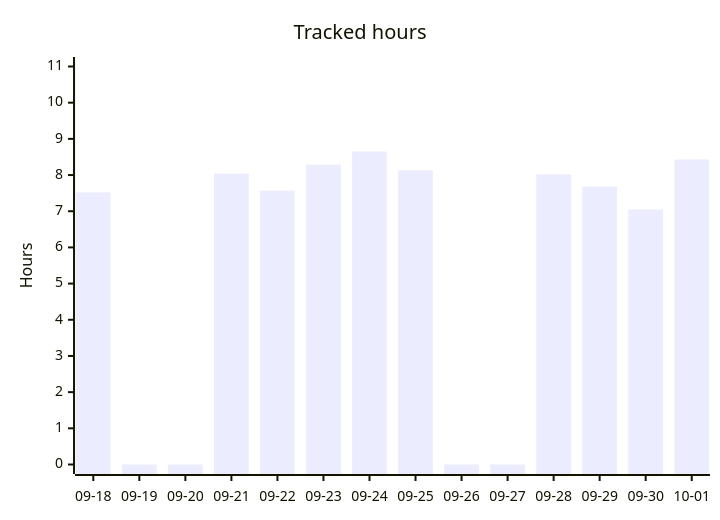
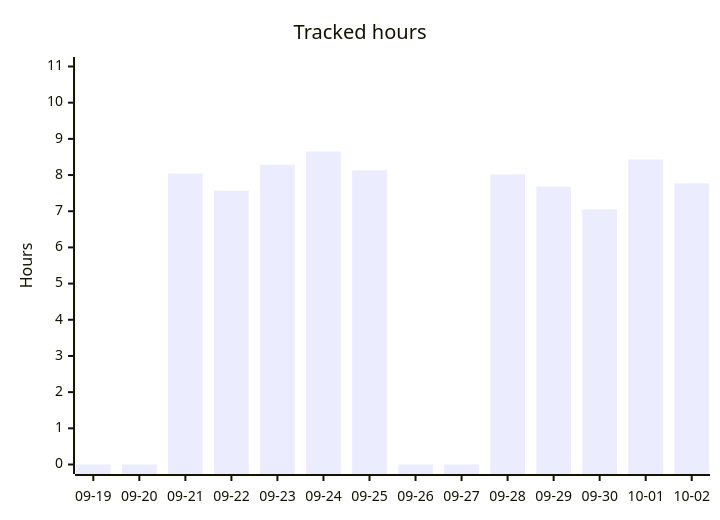
One commit to albinforsberg-netizen/timeclock changed the second of 5 diagrams in README.org. Above: the diagram before and after it, drawn with Mermaid. The commit also changed other lines of this file, not shown here.

```diff
--- a/README.org
+++ b/README.org
@@ -97,7 +97,7 @@
 #+begin_src mermaid
 xychart-beta
     title "Tracked hours"
-    x-axis ["09-18", "09-19", "09-20", "09-21", "09-22", "09-23", "09-24", "09-25", "09-26", "09-27", "09-28", "09-29", "09-30", "10-01"]
+    x-axis ["09-19", "09-20", "09-21", "09-22", "09-23", "09-24", "09-25", "09-26", "09-27", "09-28", "09-29", "09-30", "10-01", "10-02"]
     y-axis "Hours" 0 --> 11
-    bar [7.52, 0.00, 0.00, 8.04, 7.57, 8.29, 8.65, 8.13, 0.00, 0.00, 8.02, 7.68, 7.05, 8.43]
+    bar [0.00, 0.00, 8.04, 7.57, 8.29, 8.65, 8.13, 0.00, 0.00, 8.02, 7.68, 7.05, 8.43, 7.77]
 #+end_src
```
